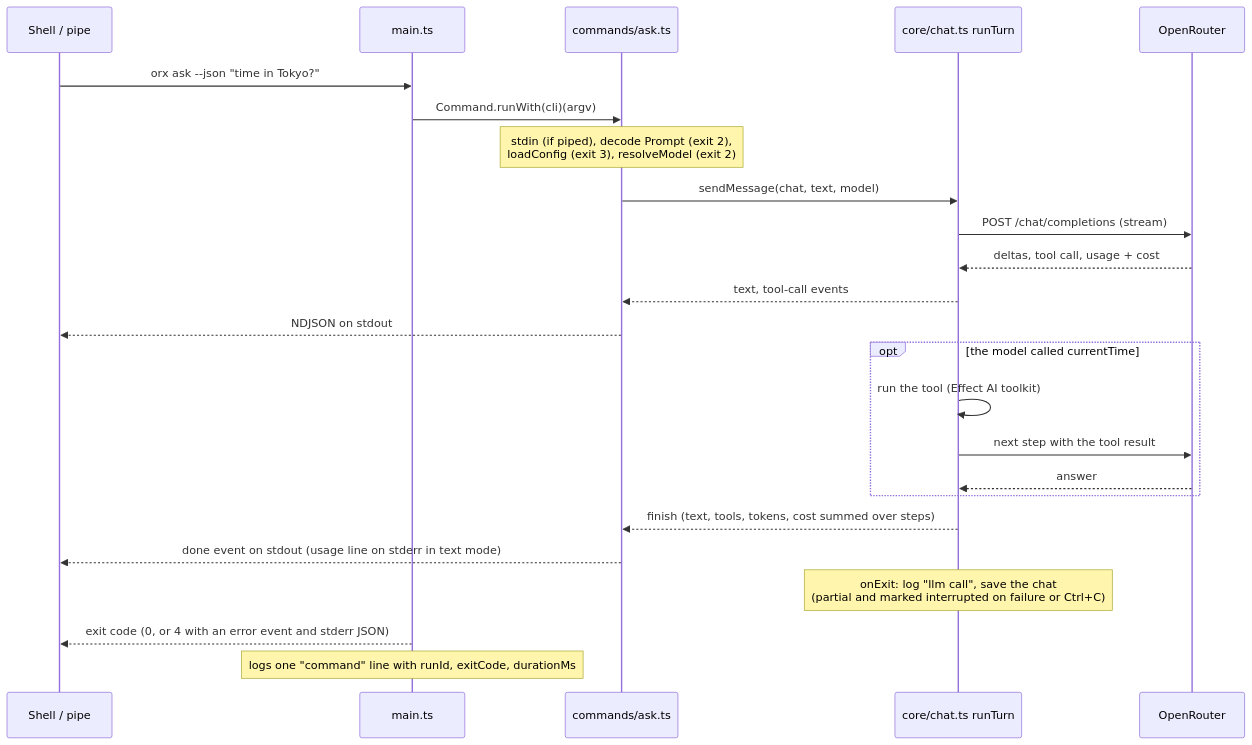
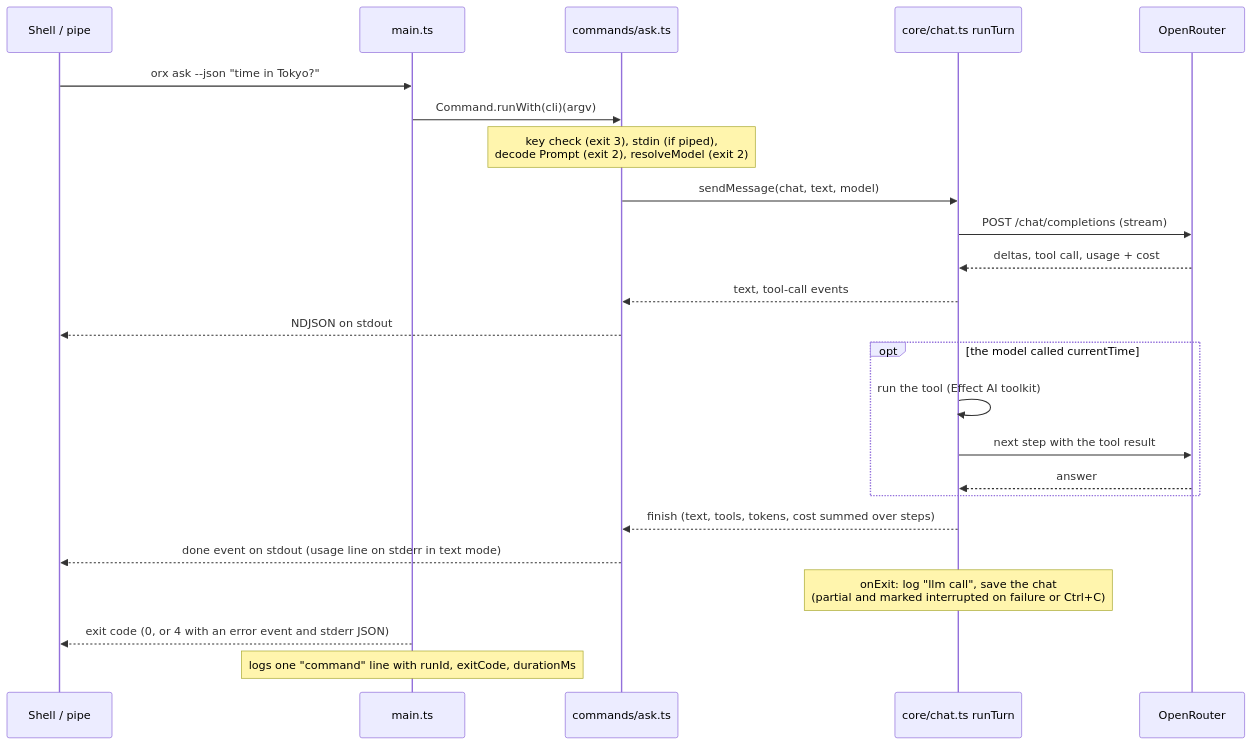
Before and after one commit to rileyhilliard/orx: the diagram in docs/harness.md, drawn with Mermaid. The commit also changed other lines of this file and 3 other files, not shown here.

````diff
--- a/docs/harness.md
+++ b/docs/harness.md
@@ -48,27 +48,27 @@
 ```mermaid
 sequenceDiagram
     participant U as Shell / pipe
     participant M as main.ts
     participant H as commands/ask.ts
     participant C as core/chat.ts runTurn
     participant O as OpenRouter
 
     U->>M: orx ask --json "time in Tokyo?"
     M->>H: Command.runWith(cli)(argv)
-    Note over H: stdin (if piped), decode Prompt (exit 2),<br/>loadConfig (exit 3), resolveModel (exit 2)
+    Note over H: key check (exit 3), stdin (if piped),<br/>decode Prompt (exit 2), resolveModel (exit 2)
     H->>C: sendMessage(chat, text, model)
     C->>O: POST /chat/completions (stream)
     O-->>C: deltas, tool call, usage + cost
     C-->>H: text, tool-call events
     H-->>U: NDJSON on stdout
     opt the model called currentTime
         C->>C: run the tool (Effect AI toolkit)
         C->>O: next step with the tool result
         O-->>C: answer
     end
     C-->>H: finish (text, tools, tokens, cost summed over steps)
     H-->>U: done event on stdout (usage line on stderr in text mode)
     Note over C: onExit: log "llm call", save the chat<br/>(partial and marked interrupted on failure or Ctrl+C)
     M-->>U: exit code (0, or 4 with an error event and stderr JSON)
     Note over M: logs one "command" line with runId, exitCode, durationMs
 ```
````
